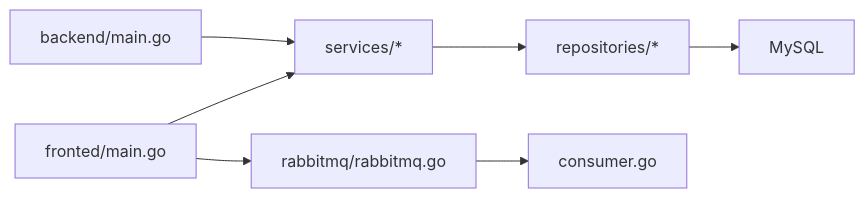
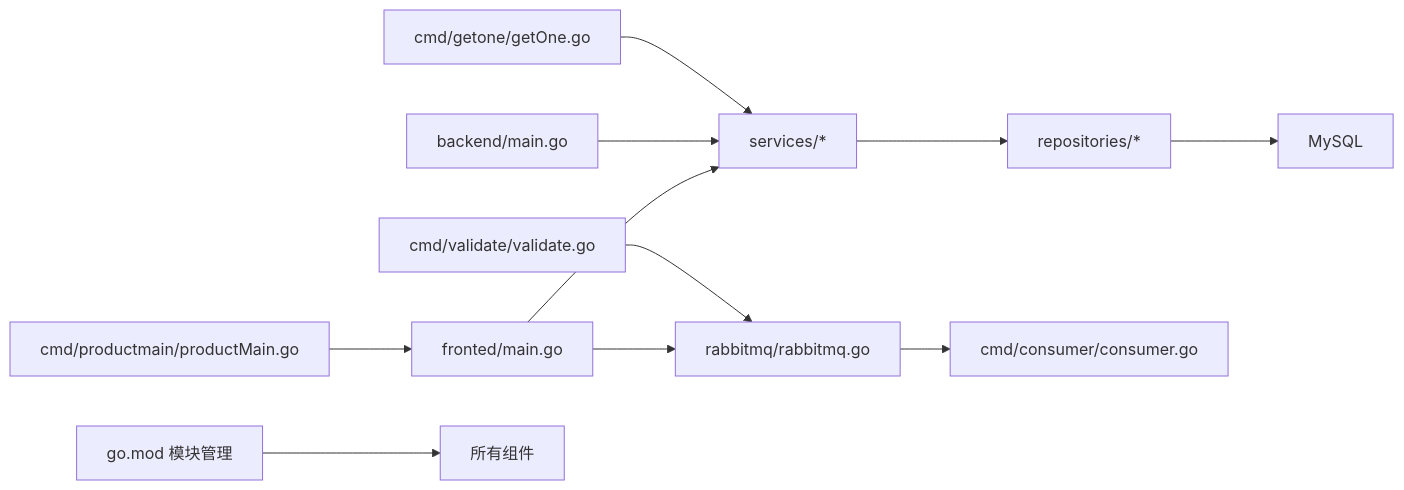
Before and after one commit to gbtdesign/e-commerce-t: the tenth of 10 diagrams in .qoder/repowiki/zh/content/项目概述.md, drawn with Mermaid. The commit also changed other lines of this file and 53 other files, not shown here.

````diff
--- a/.qoder/repowiki/zh/content/项目概述.md
+++ b/.qoder/repowiki/zh/content/项目概述.md
@@ -320,9 +425,13 @@
 ```mermaid
 graph LR
 FE["fronted/main.go"] --> SVC["services/*"]
 BE["backend/main.go"] --> SVC
 SVC --> REPO["repositories/*"]
 REPO --> DB["MySQL"]
 FE --> MQ["rabbitmq/rabbitmq.go"]
-MQ --> CONS["consumer.go"]
+MQ --> CONS["cmd/consumer/consumer.go"]
+Validate["cmd/validate/validate.go"] --> MQ
+GetOne["cmd/getone/getOne.go"] --> SVC
+ProdMain["cmd/productmain/productMain.go"] --> FE
+Module["go.mod 模块管理"] --> All["所有组件"]
 ```
````
